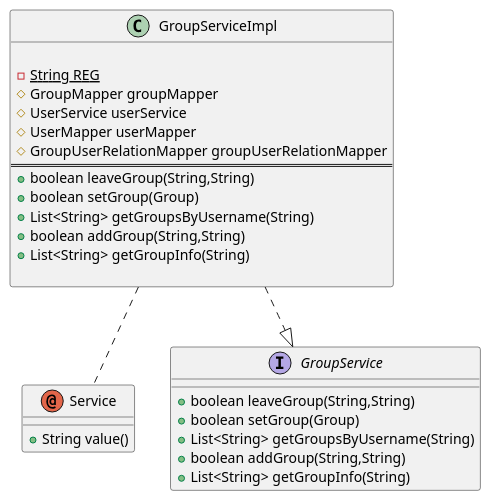
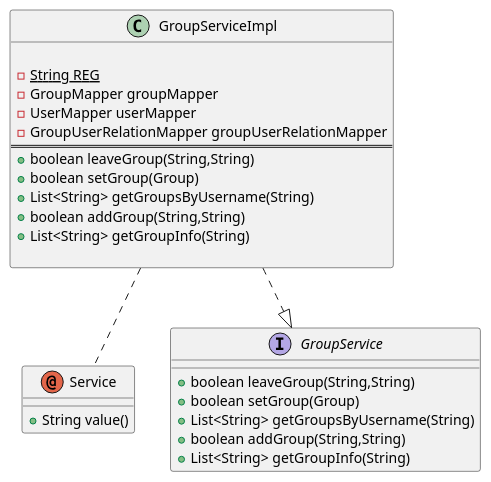
Before and after one commit to Guo-Chenxu/chatroom: the diagram in uml/ServerGroupServiceClassUML.puml, drawn with PlantUML. The commit also changed 11 other files, not shown here.

```diff
--- a/uml/ServerGroupServiceClassUML.puml
+++ b/uml/ServerGroupServiceClassUML.puml
@@ -1,36 +1,35 @@
 @startuml
 'https://plantuml.com/class-diagram
 
 annotation Service{
 	+String value()
 }
 
 interface GroupService{
 
 	+boolean leaveGroup(String,String)
 	+boolean setGroup(Group)
 	+List<String> getGroupsByUsername(String)
 	+boolean addGroup(String,String)
 	+List<String> getGroupInfo(String)
 
 }
 
 class GroupServiceImpl {
 
 	-{static}String REG
-	#GroupMapper groupMapper
-	#UserService userService
-	#UserMapper userMapper
-	#GroupUserRelationMapper groupUserRelationMapper
+	-GroupMapper groupMapper
+	-UserMapper userMapper
+	-GroupUserRelationMapper groupUserRelationMapper
 ==
 	+boolean leaveGroup(String,String)
 	+boolean setGroup(Group)
 	+List<String> getGroupsByUsername(String)
 	+boolean addGroup(String,String)
 	+List<String> getGroupInfo(String)
 
 }
 
 GroupServiceImpl ..|> GroupService
 GroupServiceImpl ..Service
 @enduml
```
